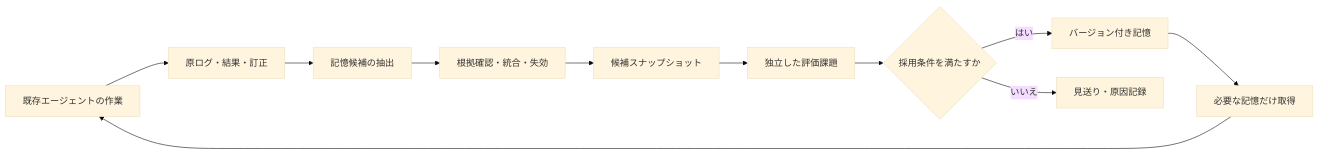
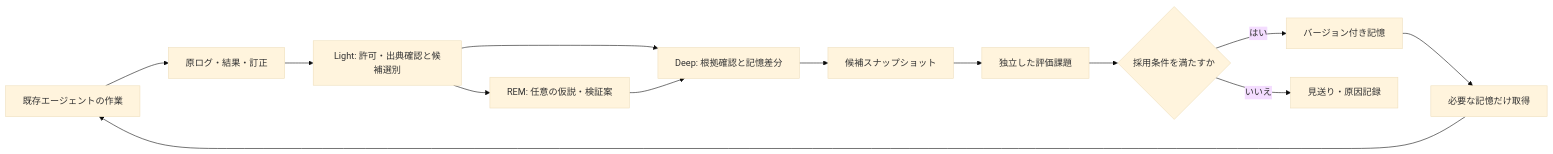
One commit to moruku36/agent-sleep-lab changed the diagram in README.ja.md. Above: the diagram before and after it, drawn with Mermaid (base theme). The commit also changed other lines of this file and 16 other files, not shown here.

````diff
--- a/README.ja.md
+++ b/README.ja.md
@@ -26,13 +27,15 @@
 ```mermaid
 flowchart LR
   A[既存エージェントの作業] --> B[原ログ・結果・訂正]
-  B --> C[記憶候補の抽出]
-  C --> D[根拠確認・統合・失効]
+  B --> C[Light: 許可・出典確認と候補選別]
+  C --> R[REM: 任意の仮説・検証案]
+  C --> D[Deep: 根拠確認と記憶差分]
+  R --> D
   D --> E[候補スナップショット]
   E --> F[独立した評価課題]
   F --> G{採用条件を満たすか}
   G -->|はい| H[バージョン付き記憶]
   G -->|いいえ| I[見送り・原因記録]
   H --> J[必要な記憶だけ取得]
   J --> A
 ```
````
